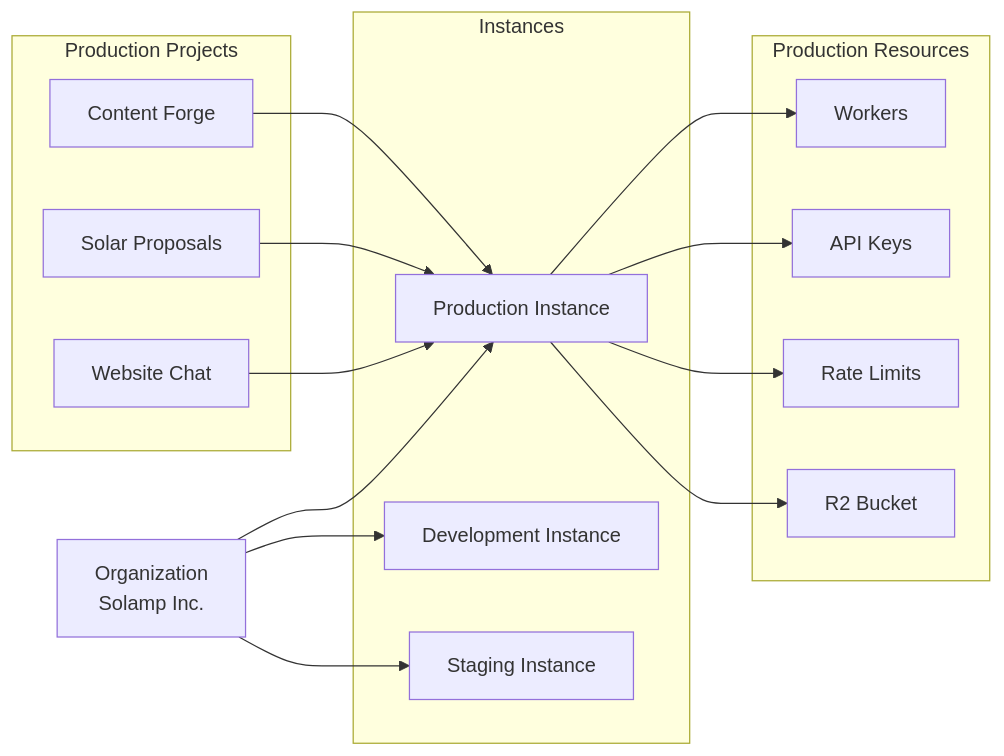
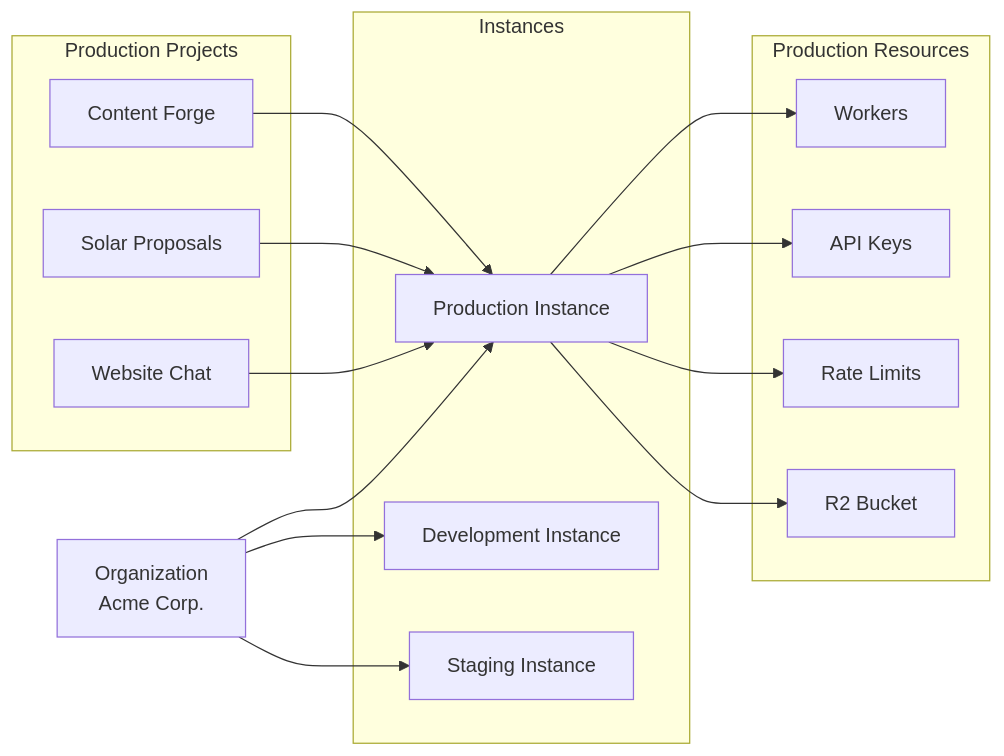
The second of 3 diagrams in docs/README.md (CyberBrown/distributed-electrons), drawn with Mermaid before and after one commit. The commit also changed 35 other files, not shown here.

````diff
--- a/docs/README.md
+++ b/docs/README.md
@@ -78,36 +78,36 @@
 ```mermaid
 graph LR
-    Org[Organization<br/>Solamp Inc.]
+    Org[Organization<br/>Acme Corp.]
 
     subgraph Instances
         Prod[Production Instance]
         Dev[Development Instance]
         Staging[Staging Instance]
     end
 
     subgraph "Production Resources"
         ProdWorker[Workers]
         ProdKeys[API Keys]
         ProdLimits[Rate Limits]
         ProdR2[R2 Bucket]
     end
 
     subgraph "Production Projects"
         P1[Content Forge]
         P2[Solar Proposals]
         P3[Website Chat]
     end
 
     Org --> Prod
     Org --> Dev
     Org --> Staging
 
     Prod --> ProdWorker
     Prod --> ProdKeys
     Prod --> ProdLimits
     Prod --> ProdR2
 
     P1 --> Prod
     P2 --> Prod
     P3 --> Prod
 ```
````
